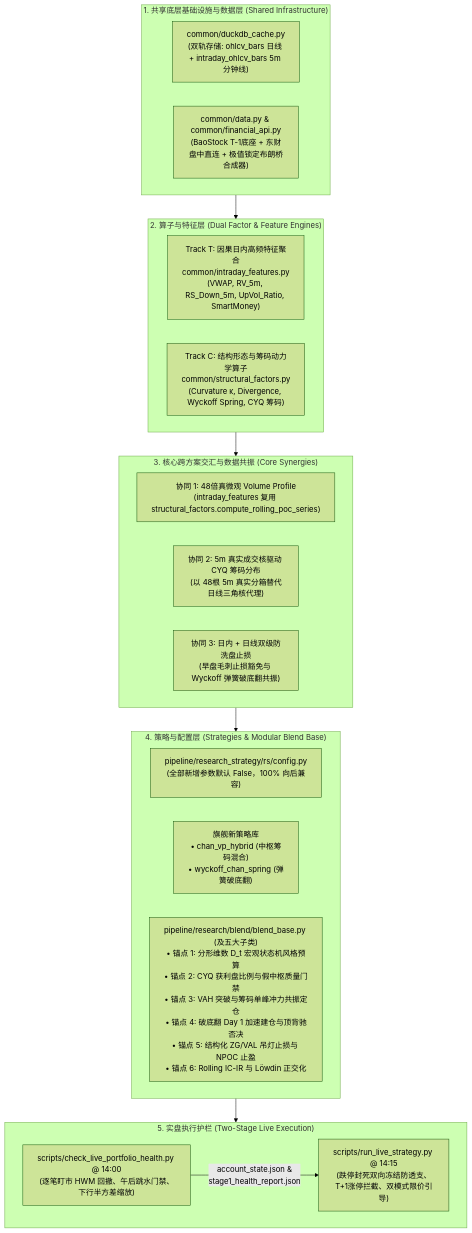
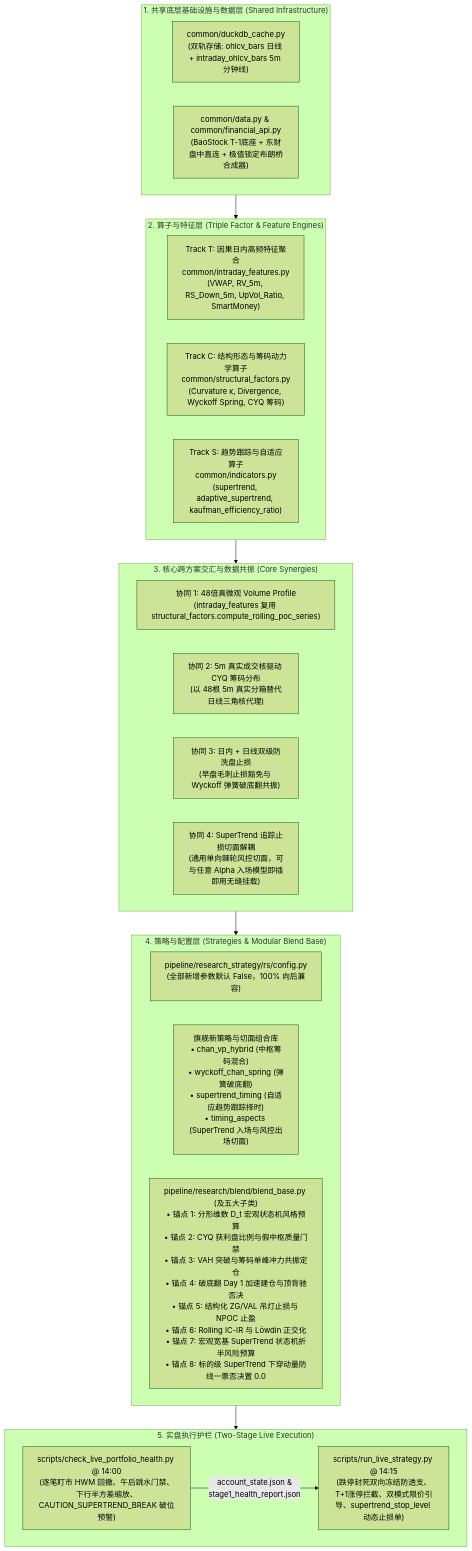
The first of 2 diagrams in docs/development_plan.md (stonewell/quant_research), drawn with Mermaid (forest theme) before and after one commit. The commit also changed other lines of this file and 5 other files, not shown here.

Commit message:
add supertrend plan and quant research docs

````diff
--- a/docs/development_plan.md
+++ b/docs/development_plan.md
@@ -16,35 +16,37 @@
 ```mermaid
 flowchart TD
     subgraph INFRA["1. 共享底层基础设施与数据层 (Shared Infrastructure)"]
         CACHE["common/duckdb_cache.py\n(双轨存储: ohlcv_bars 日线 + intraday_ohlcv_bars 5m 分钟线)"]
         DATA["common/data.py & common/financial_api.py\n(BaoStock T-1底座 + 东财盘中直连 + 极值锁定布朗桥合成器)"]
     end
 
-    subgraph OPERATORS["2. 算子与特征层 (Dual Factor & Feature Engines)"]
+    subgraph OPERATORS["2. 算子与特征层 (Triple Factor & Feature Engines)"]
         TRACK_T_FEAT["Track T: 因果日内高频特征聚合\ncommon/intraday_features.py\n(VWAP, RV_5m, RS_Down_5m, UpVol_Ratio, SmartMoney)"]
         TRACK_C_FACT["Track C: 结构形态与筹码动力学算子\ncommon/structural_factors.py\n(Curvature κ, Divergence, Wyckoff Spring, CYQ 筹码)"]
+        TRACK_S_FACT["Track S: 趋势跟踪与自适应算子\ncommon/indicators.py\n(supertrend, adaptive_supertrend, kaufman_efficiency_ratio)"]
     end
 
     subgraph SYNERGY["3. 核心跨方案交汇与数据共振 (Core Synergies)"]
         SYN1["协同 1: 48倍真微观 Volume Profile\n(intraday_features 复用 structural_factors.compute_rolling_poc_series)"]
         SYN2["协同 2: 5m 真实成交核驱动 CYQ 筹码分布\n(以 48根 5m 真实分箱替代日线三角核代理)"]
         SYN3["协同 3: 日内 + 日线双级防洗盘止损\n(早盘毛刺止损豁免与 Wyckoff 弹簧破底翻共振)"]
+        SYN4["协同 4: SuperTrend 追踪止损切面解耦\n(通用单向棘轮风控切面，可与任意 Alpha 入场模型即插即用无缝挂载)"]
     end
 
     subgraph STRATEGY["4. 策略与配置层 (Strategies & Modular Blend Base)"]
         CONFIG["pipeline/research_strategy/rs/config.py\n(全部新增参数默认 False，100% 向后兼容)"]
-        STRATS["旗舰新策略库\n• chan_vp_hybrid (中枢筹码混合)\n• wyckoff_chan_spring (弹簧破底翻)"]
-        BLEND["pipeline/research/blend/blend_base.py (及五大子类)\n• 锚点 1: 分形维数 D_t 宏观状态机风格预算\n• 锚点 2: CYQ 获利盘比例与假中枢质量门禁\n• 锚点 3: VAH 突破与筹码单峰冲力共振定仓\n• 锚点 4: 破底翻 Day 1 加速建仓与顶背驰否决\n• 锚点 5: 结构化 ZG/VAL 吊灯止损与 NPOC 止盈\n• 锚点 6: Rolling IC-IR 与 Löwdin 正交化"]
+        STRATS["旗舰新策略与切面组合库\n• chan_vp_hybrid (中枢筹码混合)\n• wyckoff_chan_spring (弹簧破底翻)\n• supertrend_timing (自适应趋势跟踪择时)\n• timing_aspects (SuperTrend 入场与风控出场切面)"]
+        BLEND["pipeline/research/blend/blend_base.py (及五大子类)\n• 锚点 1: 分形维数 D_t 宏观状态机风格预算\n• 锚点 2: CYQ 获利盘比例与假中枢质量门禁\n• 锚点 3: VAH 突破与筹码单峰冲力共振定仓\n• 锚点 4: 破底翻 Day 1 加速建仓与顶背驰否决\n• 锚点 5: 结构化 ZG/VAL 吊灯止损与 NPOC 止盈\n• 锚点 6: Rolling IC-IR 与 Löwdin 正交化\n• 锚点 7: 宏观宽基 SuperTrend 状态机折半风险预算\n• 锚点 8: 标的级 SuperTrend 下穿动量防线一票否决置 0.0"]
     end
 
     subgraph LIVE["5. 实盘执行护栏 (Two-Stage Live Execution)"]
-        STAGE1["scripts/check_live_portfolio_health.py @ 14:00\n(逐笔盯市 HWM 回撤、午后跳水门禁、下行半方差缩放)"]
-        STAGE2["scripts/run_live_strategy.py @ 14:15\n(跌停封死双向冻结防透支、T+1涨停拦截、双模式限价引导)"]
+        STAGE1["scripts/check_live_portfolio_health.py @ 14:00\n(逐笔盯市 HWM 回撤、午后跳水门禁、下行半方差缩放、CAUTION_SUPERTREND_BREAK 破位预警)"]
+        STAGE2["scripts/run_live_strategy.py @ 14:15\n(跌停封死双向冻结防透支、T+1涨停拦截、双模式限价引导、supertrend_stop_level 动态止损单)"]
     end
 
     INFRA --> OPERATORS
     OPERATORS --> SYNERGY
     SYNERGY --> STRATEGY
     STRATEGY --> LIVE
     STAGE1 -->|"account_state.json &\nstage1_health_report.json"| STAGE2
 ```
````
